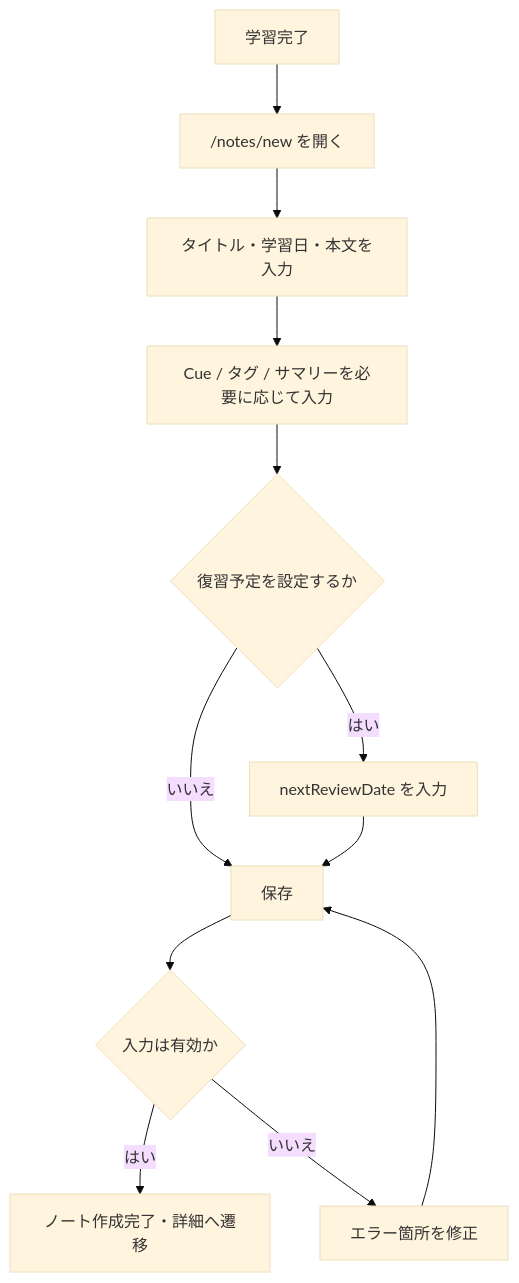
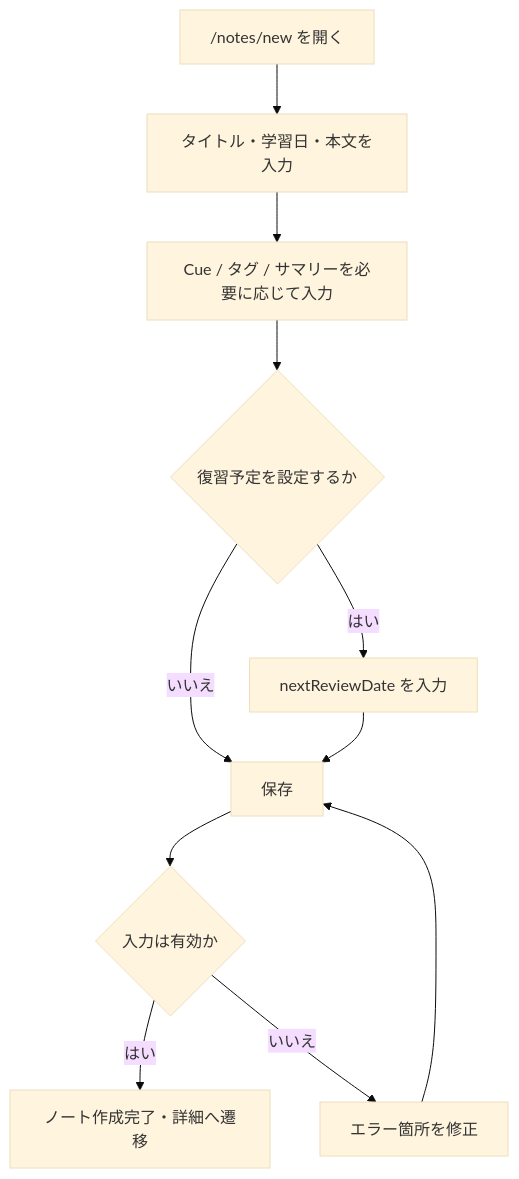
One commit to ka-akehi/Cornell-Method changed the first of 3 diagrams in doc/workflows/MVP_WORKFLOW_DESIGN.md. Above: the diagram before and after it, drawn with Mermaid (base theme). The commit also changed other lines of this file and 23 other files, not shown here.

````diff
--- a/doc/workflows/MVP_WORKFLOW_DESIGN.md
+++ b/doc/workflows/MVP_WORKFLOW_DESIGN.md
@@ -99,14 +99,13 @@
 ```mermaid
 flowchart TD
-  Start["学習完了"] --> OpenNew["/notes/new を開く"]
-  OpenNew --> InputCore["タイトル・学習日・本文を入力"]
+  Start["/notes/new を開く"] --> InputCore["タイトル・学習日・本文を入力"]
   InputCore --> AddCue["Cue / タグ / サマリーを必要に応じて入力"]
   AddCue --> DecideReview{"復習予定を設定するか"}
   DecideReview -- "はい" --> SetReview["nextReviewDate を入力"]
   DecideReview -- "いいえ" --> Save
   SetReview --> Save["保存"]
   Save --> Validate{"入力は有効か"}
   Validate -- "はい" --> Created["ノート作成完了・詳細へ遷移"]
   Validate -- "いいえ" --> Fix["エラー箇所を修正"]
   Fix --> Save
 ```
````
